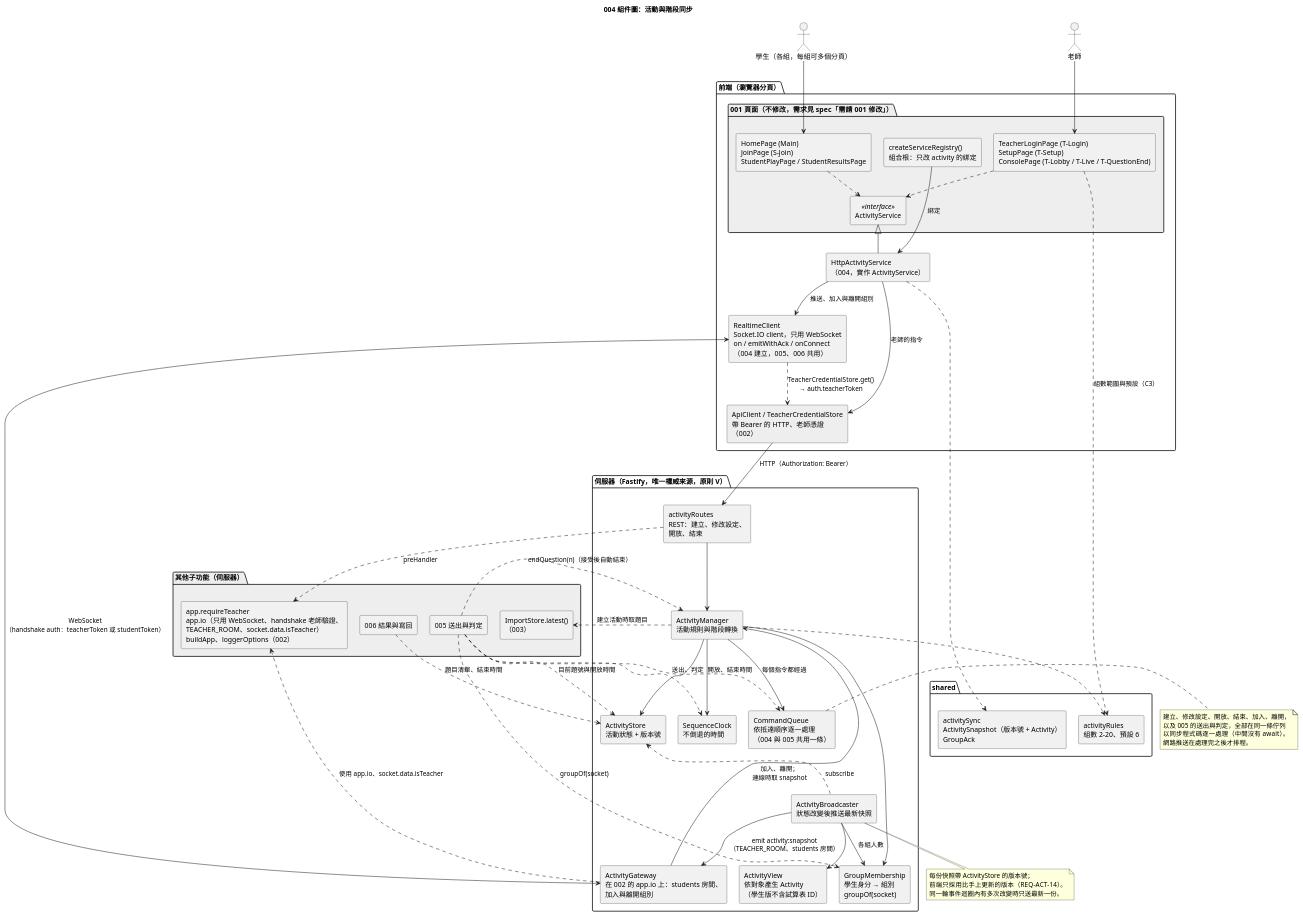
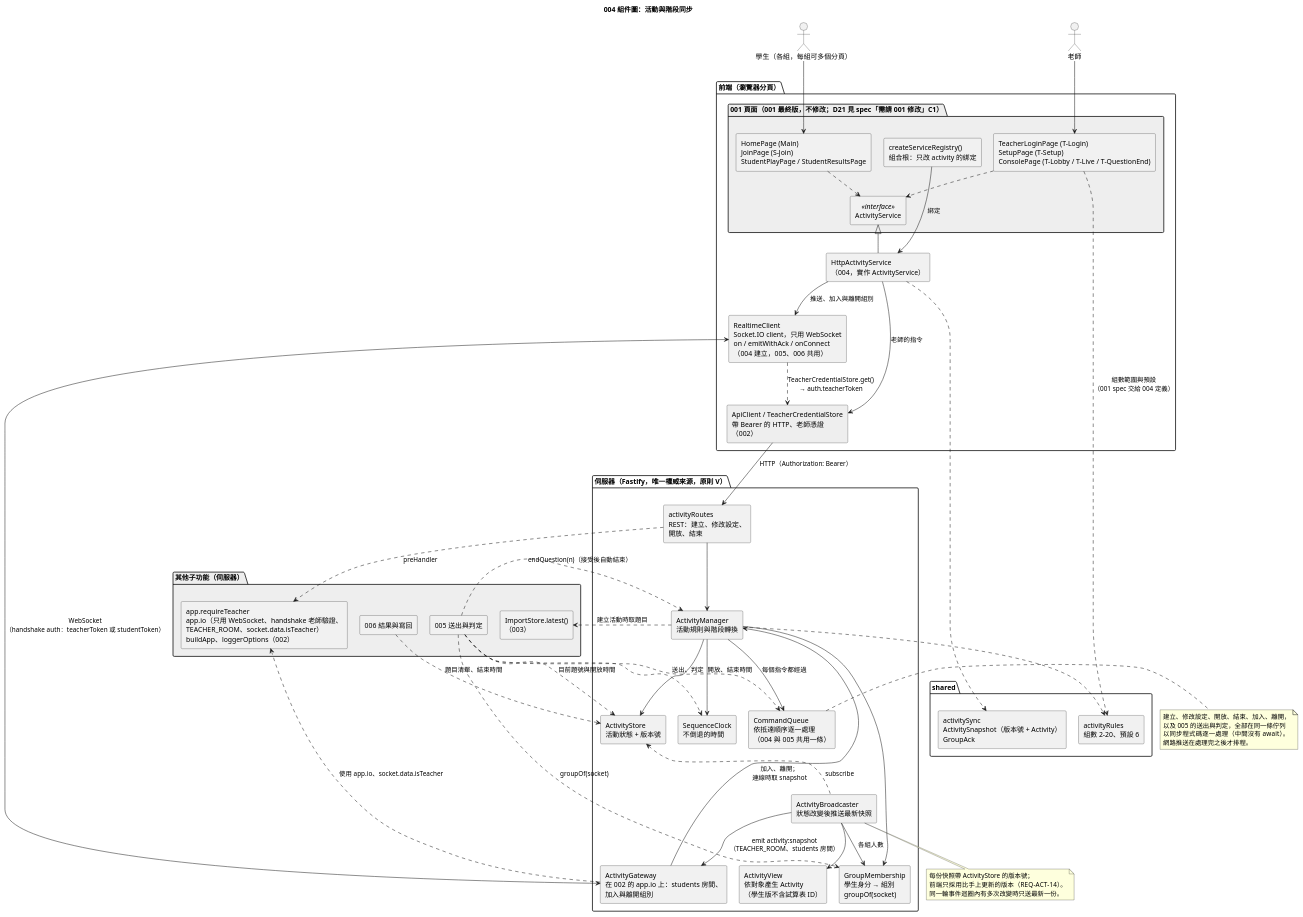
The diagram in diagrams/004-component.puml (Ting10-01/quiz_buzzer_speckit), drawn with PlantUML before and after one commit. The commit also changed 13 other files, not shown here.

First line of the commit message:
spec(004): 依 spec 修改同步設計、任務與圖表

```diff
--- a/diagrams/004-component.puml
+++ b/diagrams/004-component.puml
@@ -1,97 +1,97 @@
 @startuml 004-component
 title 004 組件圖：活動與階段同步
 
 skinparam defaultFontName "PingFang TC"
 skinparam componentStyle rectangle
 skinparam nodesep 25
 skinparam ranksep 50
 
 actor "老師" as Teacher
 actor "學生（各組，每組可多個分頁）" as Student
 
 package "前端（瀏覽器分頁）" {
-  package "001 頁面（不修改，需求見 spec「需請 001 修改」）" #EEEEEE {
+  package "001 頁面（001 最終版，不修改；D21 見 spec「需請 001 修改」C1）" #EEEEEE {
     component "HomePage (Main)\nJoinPage (S-Join)\nStudentPlayPage / StudentResultsPage" as StudentPages
     component "TeacherLoginPage (T-Login)\nSetupPage (T-Setup)\nConsolePage (T-Lobby / T-Live / T-QuestionEnd)" as TeacherPages
     component "ActivityService" <<interface>> as IActivity
     component "createServiceRegistry()\n組合根：只改 activity 的綁定" as Registry
   }
   component "HttpActivityService\n（004，實作 ActivityService）" as HttpAct
   component "RealtimeClient\nSocket.IO client，只用 WebSocket\non / emitWithAck / onConnect\n（004 建立，005、006 共用）" as Realtime
   component "ApiClient / TeacherCredentialStore\n帶 Bearer 的 HTTP、老師憑證\n（002）" as Api002 #EEEEEE
 }
 
 package "shared" {
   component "activityRules\n組數 2–20、預設 6" as Rules
   component "activitySync\nActivitySnapshot（版本號 + Activity）\nGroupAck" as SyncTypes
 }
 
 package "伺服器（Fastify，唯一權威來源，原則 V）" {
   component "activityRoutes\nREST：建立、修改設定、\n開放、結束" as Routes
   component "ActivityGateway\n在 002 的 app.io 上：students 房間、\n加入與離開組別" as Gateway
   component "ActivityManager\n活動規則與階段轉換" as Manager
   component "CommandQueue\n依抵達順序逐一處理\n（004 與 005 共用一條）" as Queue
   component "SequenceClock\n不倒退的時間" as Clock
   component "ActivityStore\n活動狀態 + 版本號" as Store
   component "GroupMembership\n學生身分 → 組別\ngroupOf(socket)" as Membership
   component "ActivityView\n依對象產生 Activity\n（學生版不含試算表 ID）" as View
   component "ActivityBroadcaster\n狀態改變後推送最新快照" as Broadcaster
 }
 
 package "其他子功能（伺服器）" #EEEEEE {
   component "app.requireTeacher\napp.io（只用 WebSocket、handshake 老師驗證、\nTEACHER_ROOM、socket.data.isTeacher）\nbuildApp、loggerOptions（002）" as Auth002
   component "ImportStore.latest()\n（003）" as Import003
   component "005 送出與判定" as Sub005
   component "006 結果與寫回" as Res006
 }
 
 Teacher --> TeacherPages
 Student --> StudentPages
 StudentPages ..> IActivity
 TeacherPages ..> IActivity
-TeacherPages ..> Rules : 組數範圍與預設（C3）
+TeacherPages ..> Rules : 組數範圍與預設\n（001 spec 交給 004 定義）
 Registry --> HttpAct : 綁定
 HttpAct -up-|> IActivity
 HttpAct --> Realtime : 推送、加入與離開組別
 HttpAct --> Api002 : 老師的指令
 Realtime ..> Api002 : TeacherCredentialStore.get()\n→ auth.teacherToken
 HttpAct ..> SyncTypes
 
 Api002 --> Routes : HTTP（Authorization: Bearer）
 Realtime <--> Gateway : WebSocket\n（handshake auth：teacherToken 或 studentToken）
 
 Routes ..> Auth002 : preHandler
 Gateway ..> Auth002 : 使用 app.io、socket.data.isTeacher
 Routes --> Manager
 Gateway --> Manager : 加入、離開；\n連線時取 snapshot
 Manager --> Queue : 每個指令都經過
 Manager --> Store
 Manager --> Membership
 Manager --> Clock : 開放、結束時間
 Manager ..> Import003 : 建立活動時取題目
 Manager ..> Rules
 Store <.. Broadcaster : subscribe
 Broadcaster --> View
 Broadcaster --> Membership : 各組人數
 Broadcaster --> Gateway : emit activity:snapshot\n（TEACHER_ROOM、students 房間）
 
 Sub005 ..> Queue : 送出、判定
 Sub005 ..> Membership : groupOf(socket)
 Sub005 ..> Manager : endQuestion(n)（接受後自動結束）
 Sub005 ..> Store : 目前題號與開放時間
 Sub005 ..> Clock
 Res006 ..> Store : 題目清單、結束時間
 
 note right of Queue
   建立、修改設定、開放、結束、加入、離開，
   以及 005 的送出與判定，全部在同一條佇列
   以同步程式碼逐一處理（中間沒有 await）。
   網路推送在處理完之後才排程。
 end note
 
 note bottom of Broadcaster
   每份快照帶 ActivityStore 的版本號；
   前端只採用比手上更新的版本（REQ-ACT-14）。
   同一輪事件迴圈內有多次改變時只送最新一份。
 end note
 @enduml
```
